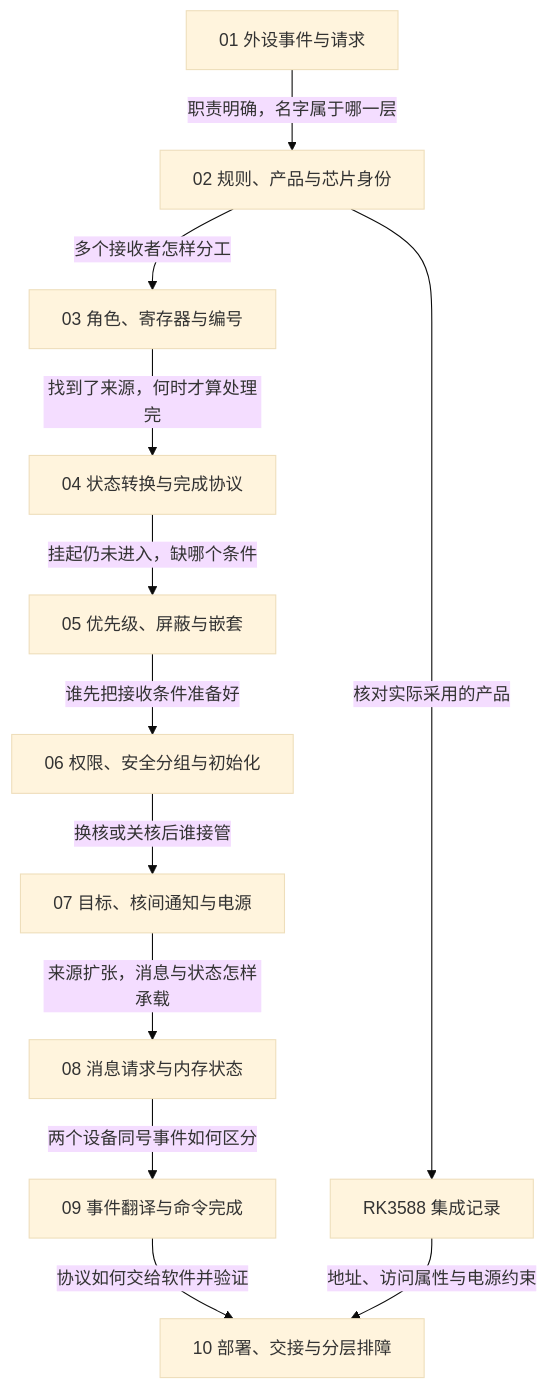
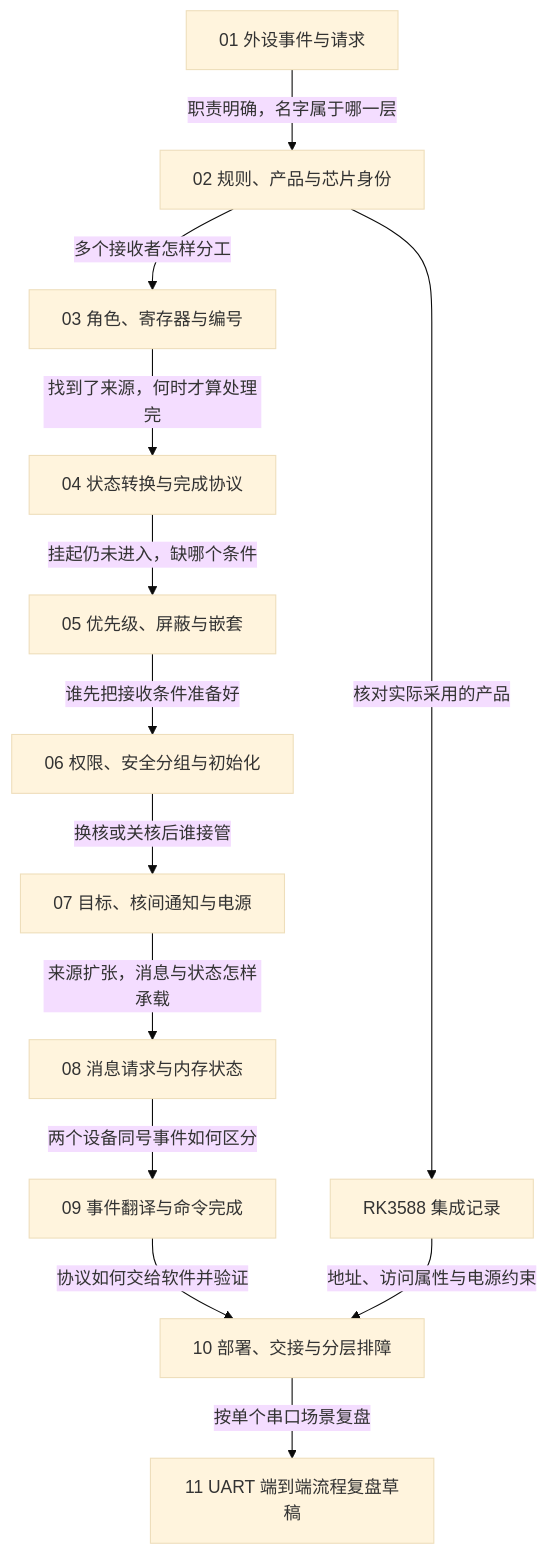
Before and after one commit to FormingSystem/linux_note: the diagram in platforms/arm/architecture/gic/大纲.md, drawn with Mermaid (base theme). The commit also changed other lines of this file and 9 other files, not shown here.

First line of the commit message:
content(platforms/gic): 整理UART流程图解并同步阅读导航

````diff
--- a/platforms/arm/architecture/gic/大纲.md
+++ b/platforms/arm/architecture/gic/大纲.md
@@ -27,14 +27,15 @@
 ```mermaid
 flowchart TD
     p01["01 外设事件与请求"] -->|"职责明确，名字属于哪一层"| p02["02 规则、产品与芯片身份"]
     p02 -->|"多个接收者怎样分工"| p03["03 角色、寄存器与编号"]
     p03 -->|"找到了来源，何时才算处理完"| p04["04 状态转换与完成协议"]
     p04 -->|"挂起仍未进入，缺哪个条件"| p05["05 优先级、屏蔽与嵌套"]
     p05 -->|"谁先把接收条件准备好"| p06["06 权限、安全分组与初始化"]
     p06 -->|"换核或关核后谁接管"| p07["07 目标、核间通知与电源"]
     p07 -->|"来源扩张，消息与状态怎样承载"| p08["08 消息请求与内存状态"]
     p08 -->|"两个设备同号事件如何区分"| p09["09 事件翻译与命令完成"]
     p09 -->|"协议如何交给软件并验证"| p10["10 部署、交接与分层排障"]
+    p10 -->|"按单个串口场景复盘"| p11["11 UART 端到端流程复盘草稿"]
     p02 -->|"核对实际采用的产品"| rk["RK3588 集成记录"]
     rk -->|"地址、访问属性与电源约束"| p10
 ```
````
